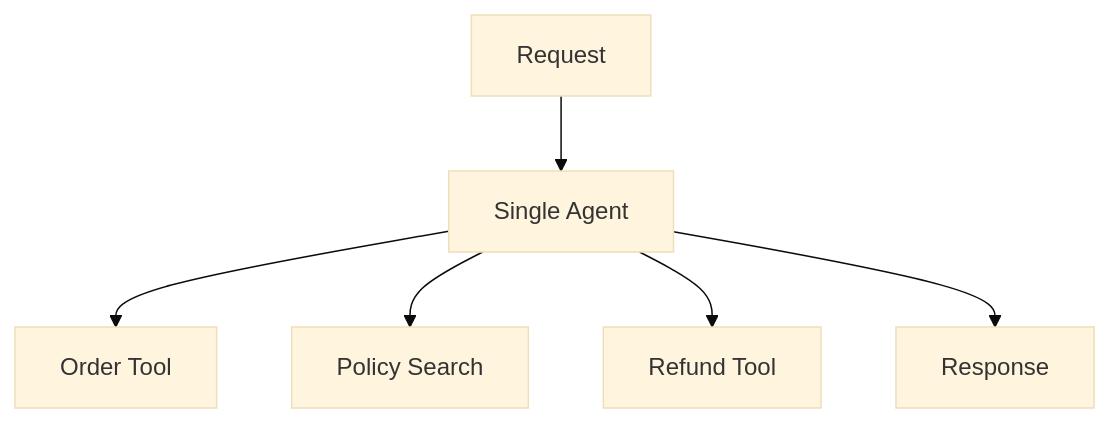
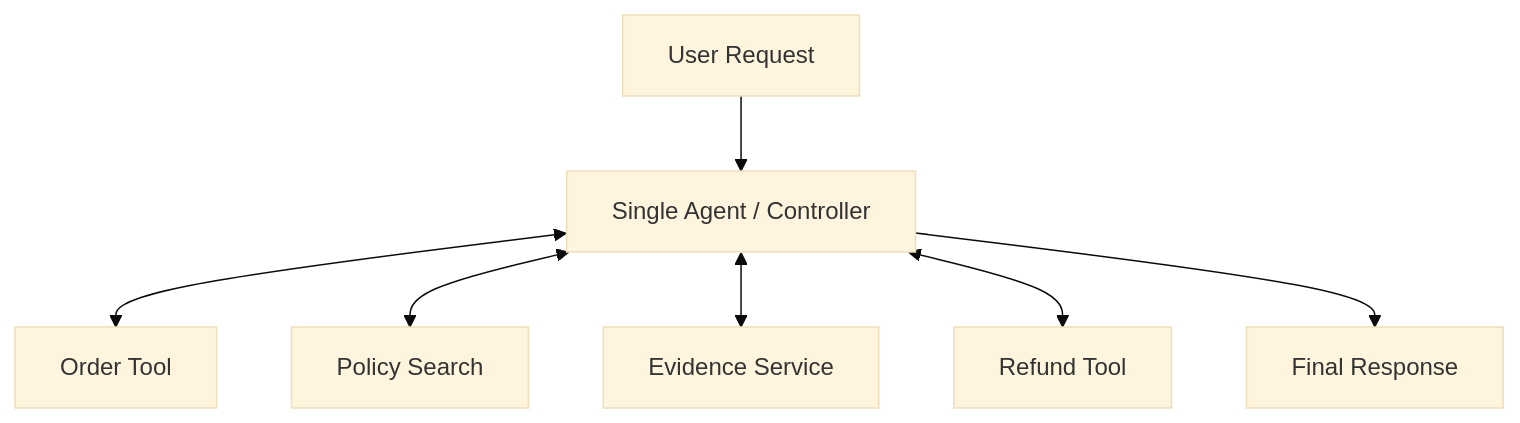
One commit to shomi-khan/preparation changed the first of 5 diagrams in notes/module-01-from-answering-to-doing/03-single-vs-multi-agent.md. Above: the diagram before and after it, drawn with Mermaid (base theme). The commit also changed other lines of this file, not shown here.

````diff
--- a/notes/module-01-from-answering-to-doing/03-single-vs-multi-agent.md
+++ b/notes/module-01-from-answering-to-doing/03-single-vs-multi-agent.md
@@ -11,8 +11,9 @@
 ```mermaid
 flowchart TD
-    U[Request] --> S[Single Agent]
-    S --> T1[Order Tool]
-    S --> T2[Policy Search]
-    S --> T3[Refund Tool]
-    S --> R[Response]
+    U[User Request] --> A[Single Agent / Controller]
+    A <--> T1[Order Tool]
+    A <--> T2[Policy Search]
+    A <--> T3[Evidence Service]
+    A <--> T4[Refund Tool]
+    A --> R[Final Response]
 ```
````
